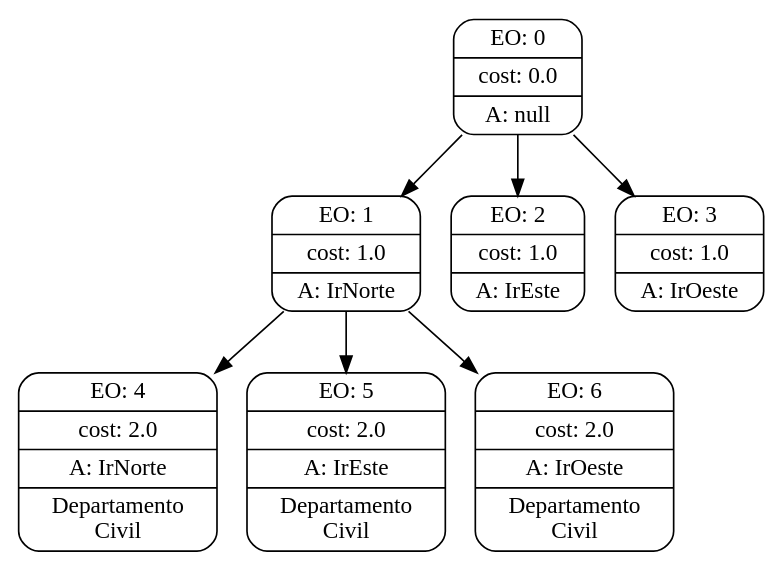
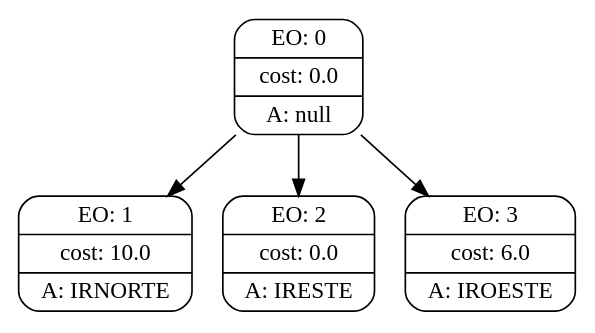
Before and after one commit to SofiLo/InteligenciaArtificial: the diagram in agente/searchGVTrees/8.dot, drawn with Graphviz. The commit also changed 64 other files, not shown here.

```diff
--- a/agente/searchGVTrees/8.dot
+++ b/agente/searchGVTrees/8.dot
@@ -1,24 +1,15 @@
 digraph g {
 node [shape = Mrecord];
 nodo0[label="{EO: 0|cost: 0.0|A: null}"]
-nodo1[label="{EO: 1|cost: 1.0|A: IrNorte}"]
-nodo4[label="{EO: 4|cost: 2.0|A: IrNorte|Departamento\nCivil}"]
-
-nodo1 -> nodo4;
-nodo5[label="{EO: 5|cost: 2.0|A: IrEste|Departamento\nCivil}"]
-
-nodo1 -> nodo5;
-nodo6[label="{EO: 6|cost: 2.0|A: IrOeste|Departamento\nCivil}"]
-
-nodo1 -> nodo6;
+nodo1[label="{EO: 1|cost: 10.0|A: IRNORTE}"]
 
 nodo0 -> nodo1;
-nodo2[label="{EO: 2|cost: 1.0|A: IrEste}"]
+nodo2[label="{EO: 2|cost: 0.0|A: IRESTE}"]
 
 nodo0 -> nodo2;
-nodo3[label="{EO: 3|cost: 1.0|A: IrOeste}"]
+nodo3[label="{EO: 3|cost: 6.0|A: IROESTE}"]
 
 nodo0 -> nodo3;
 
 
 }
```
